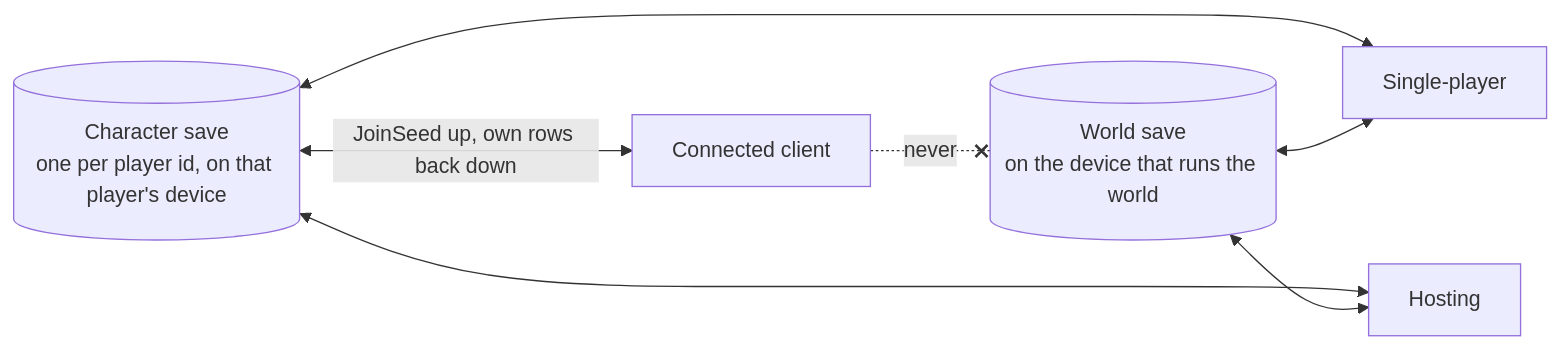
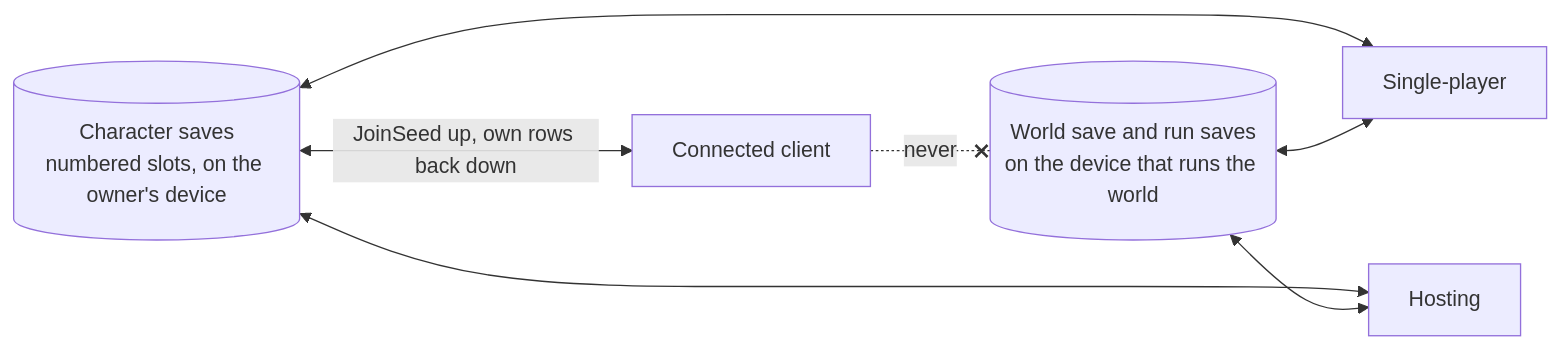
Before and after one commit to majtom2grndctrl/postretro: the fifth of 6 diagrams in context/research/coop-session-lifecycle.md, drawn with Mermaid. The commit also changed other lines of this file and 2 other files, not shown here.

First line of the commit message:
Saves brief: ledger serialization, keep-axis New game, join gear policy

````diff
--- a/context/research/coop-session-lifecycle.md
+++ b/context/research/coop-session-lifecycle.md
@@ -183,14 +183,14 @@
 ```mermaid
 flowchart LR
-    CS[("Character save<br/>one per player id, on that player's device")]
-    WS[("World save<br/>on the device that runs the world")]
+    CS[("Character saves<br/>numbered slots, on the owner's device")]
+    WS[("World save and run saves<br/>on the device that runs the world")]
     SP["Single-player"]
     HO["Hosting"]
     CL["Connected client"]
     CS <--> SP
     CS <--> HO
     CS <-- "JoinSeed up, own rows back down" --> CL
     WS <--> SP
     WS <--> HO
     CL -. "never" .-x WS
 ```
````
